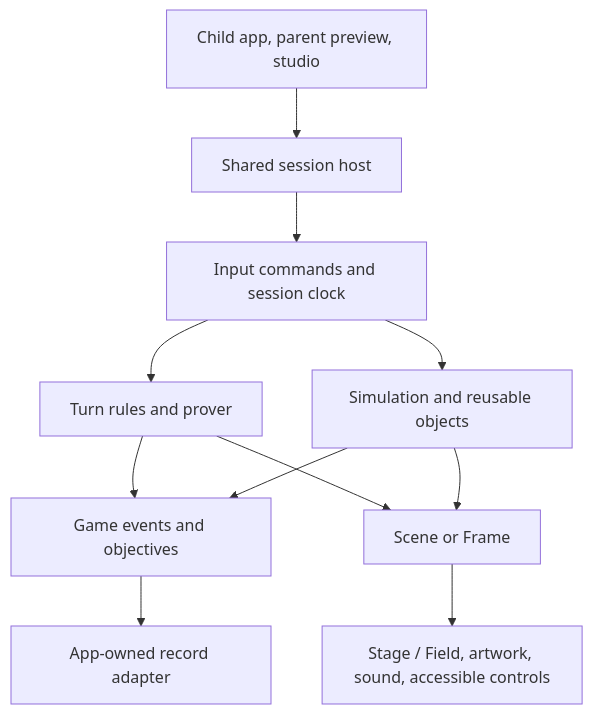
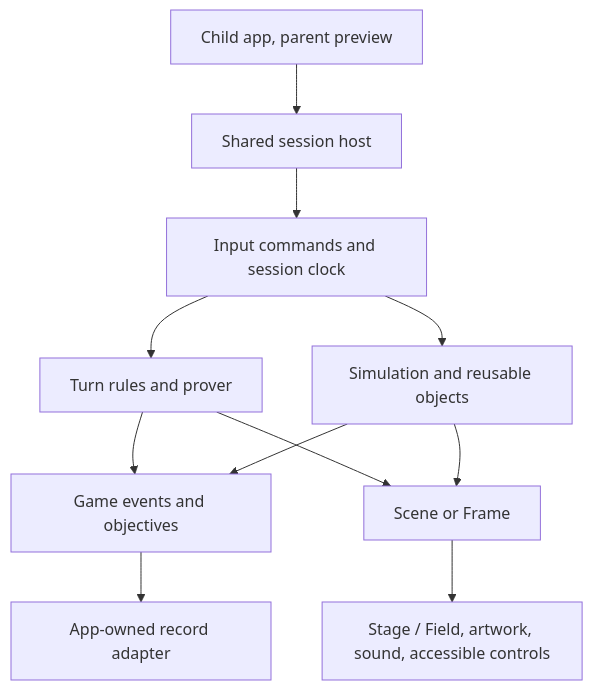
One commit to nbaghiro/lumischool changed the diagram in .docs/game-engine-direction.md. Above: the diagram before and after it, drawn with Mermaid. The commit also changed 18 other files, not shown here.

````diff
--- a/.docs/game-engine-direction.md
+++ b/.docs/game-engine-direction.md
@@ -61,13 +61,13 @@
 ```mermaid
 flowchart TD
-    H[Child app, parent preview, studio] --> R[Shared session host]
+    H[Child app, parent preview] --> R[Shared session host]
     R --> C[Input commands and session clock]
     C --> T[Turn rules and prover]
     C --> S[Simulation and reusable objects]
     T --> E[Game events and objectives]
     S --> E
     T --> V[Scene or Frame]
     S --> V
     V --> P[Stage / Field, artwork, sound, accessible controls]
     E --> A[App-owned record adapter]
 ```
````
